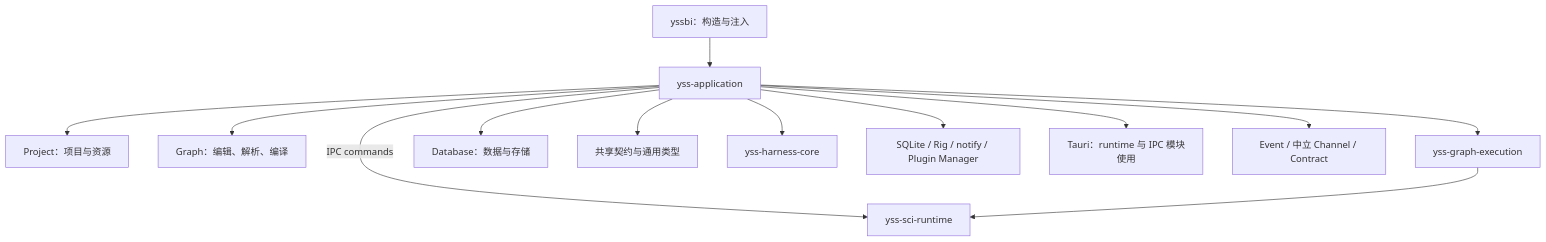
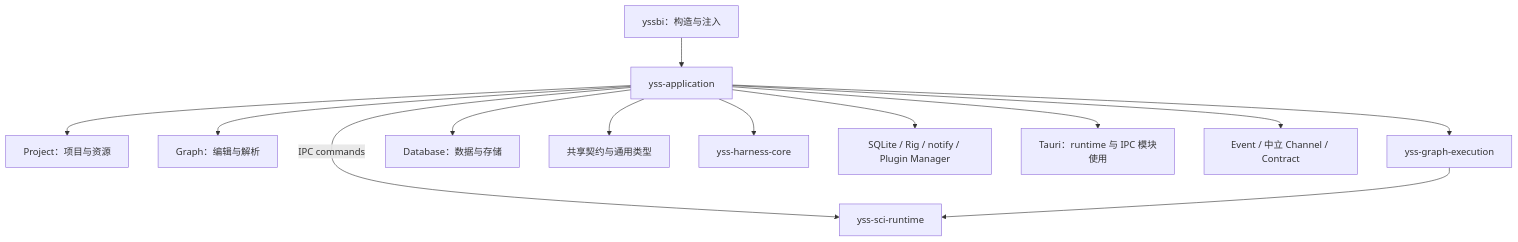
Before and after one commit to zhouyi207/YssBI: the diagram in src-tauri/crates/yss-application/README.md, drawn with Mermaid. The commit also changed other lines of this file and 310 other files, not shown here.

First line of the commit message:
refactor(graph): move editing and execution preparation to Rust

````diff
--- a/src-tauri/crates/yss-application/README.md
+++ b/src-tauri/crates/yss-application/README.md
@@ -16,15 +16,15 @@
 ```mermaid
 flowchart TD
     ROOT["yssbi：构造与注入"] --> APP["yss-application"]
     APP --> PROJECT["Project：项目与资源"]
-    APP --> GRAPH["Graph：编辑、解析、编译"]
+    APP --> GRAPH["Graph：编辑与解析"]
     APP --> EXEC["yss-graph-execution"]
     APP --> DATA["Database：数据与存储"]
     APP --> CONTRACT["共享契约与通用类型"]
     APP --> HARNESS["yss-harness-core"]
     APP --> ADAPTERS["SQLite / Rig / notify / Plugin Manager"]
     APP --> TAURI["Tauri：runtime 与 IPC 模块使用"]
     APP --> IPC["Event / 中立 Channel / Contract"]
     APP -->|IPC commands| SCI["yss-sci-runtime"]
     EXEC --> SCI
 ```
````
